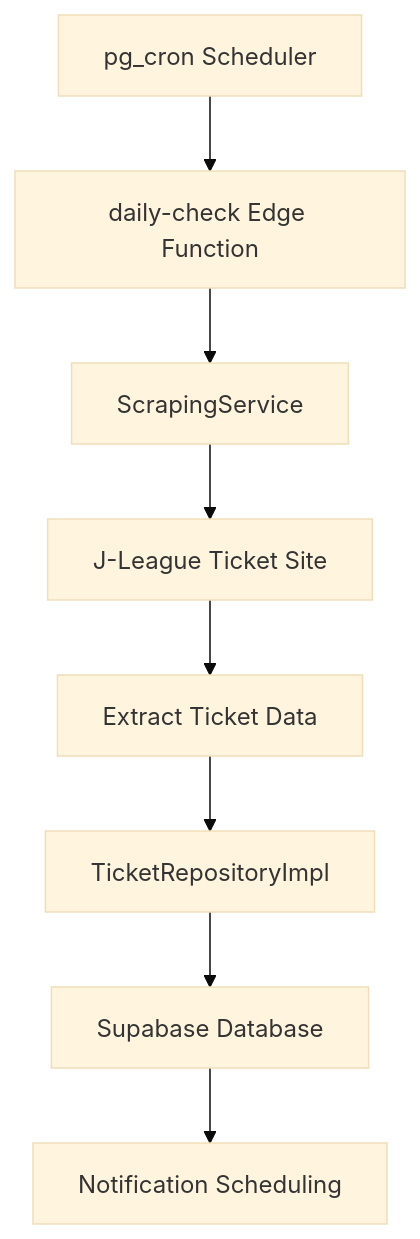
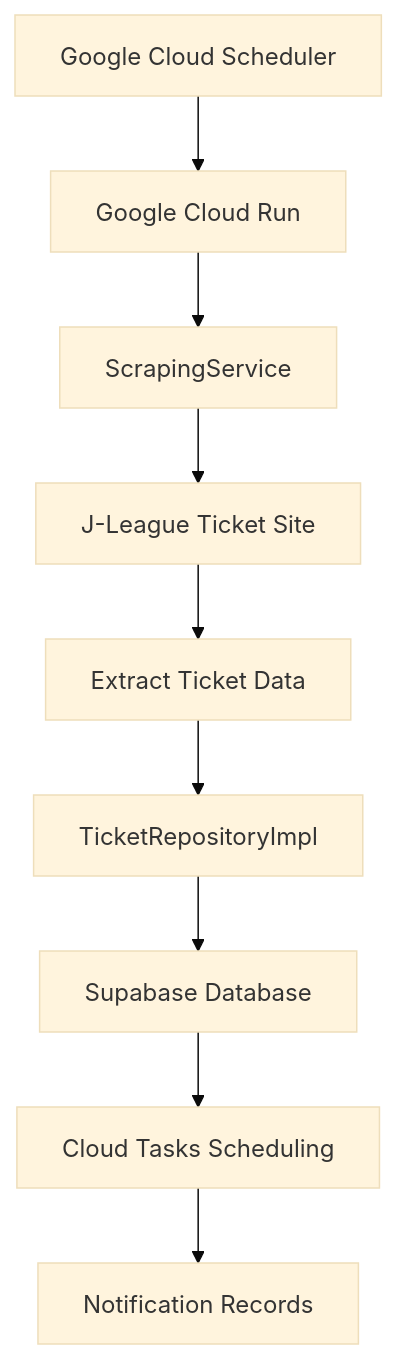
The first of 2 diagrams in docs/architecture.md (kazuya-m/urawa-support-hub), drawn with Mermaid (base theme) before and after one commit. The commit also changed other lines of this file and 1 other file, not shown here.

````diff
--- a/docs/architecture.md
+++ b/docs/architecture.md
@@ -91,10 +125,11 @@
 ```mermaid
 graph TD
-    A[pg_cron Scheduler] --> B[daily-check Edge Function]
+    A[Google Cloud Scheduler] --> B[Google Cloud Run]
     B --> C[ScrapingService]
     C --> D[J-League Ticket Site]
     D --> E[Extract Ticket Data]
     E --> F[TicketRepositoryImpl]
     F --> G[Supabase Database]
-    G --> H[Notification Scheduling]
+    G --> H[Cloud Tasks Scheduling]
+    H --> I[Notification Records]
 ```
````
